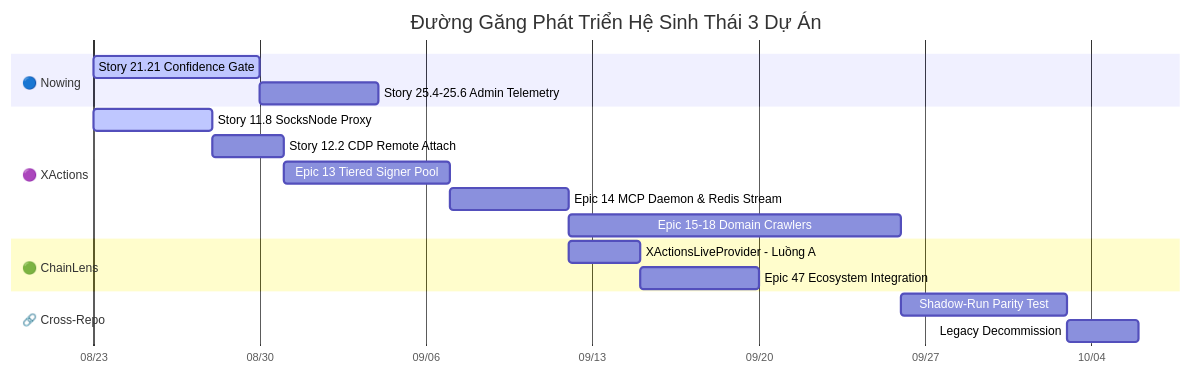
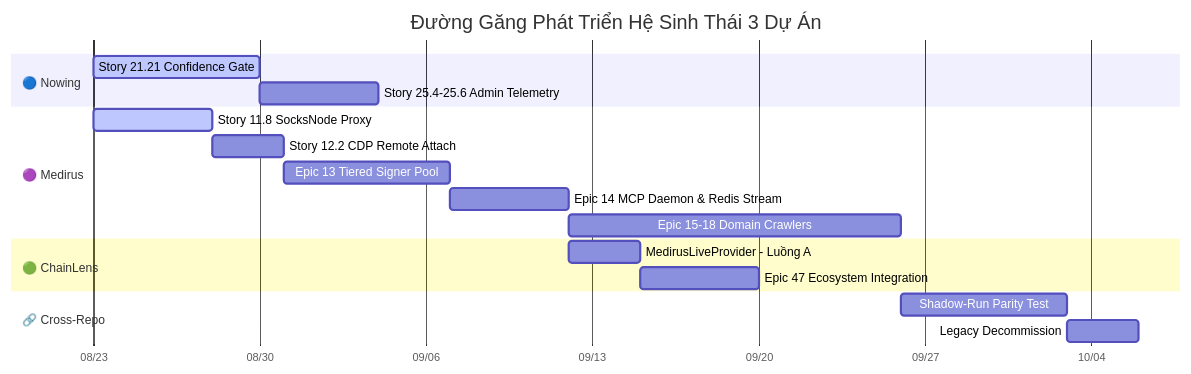
The diagram in _bmad-output/planning-artifacts/prds/PRD-ECOSYSTEM-TRINITY-ALIGNMENT.md (deptrai/nowing), drawn with Mermaid before and after one commit. The commit also changed other lines of this file and 274 other files, not shown here.

First line of the commit message:
refactor: rename XActions → Medirus across codebase (xactions→medirus, XACTIONS→MEDIRUS, MEDIRUS_* env, port 3333, enum MEDIRUS_MCP_CONNECTOR)

````diff
--- a/_bmad-output/planning-artifacts/prds/PRD-ECOSYSTEM-TRINITY-ALIGNMENT.md
+++ b/_bmad-output/planning-artifacts/prds/PRD-ECOSYSTEM-TRINITY-ALIGNMENT.md
@@ -293,25 +293,25 @@
 ```mermaid
 gantt
     title Đường Găng Phát Triển Hệ Sinh Thái 3 Dự Án
     dateFormat YYYY-MM-DD
     axisFormat %m/%d
 
     section 🔵 Nowing
     Story 21.21 Confidence Gate         :active, n1, 2026-08-23, 7d
     Story 25.4-25.6 Admin Telemetry     :n2, after n1, 5d
 
-    section 🟣 XActions
+    section 🟣 Medirus
     Story 11.8 SocksNode Proxy          :active, x1, 2026-08-23, 5d
     Story 12.2 CDP Remote Attach        :x2, after x1, 3d
     Epic 13 Tiered Signer Pool          :x3, after x2, 7d
     Epic 14 MCP Daemon & Redis Stream   :x4, after x3, 5d
     Epic 15-18 Domain Crawlers          :x5, after x4, 14d
 
     section 🟢 ChainLens
-    XActionsLiveProvider - Luồng A      :c1, after x4, 3d
+    MedirusLiveProvider - Luồng A      :c1, after x4, 3d
     Epic 47 Ecosystem Integration       :c2, after c1, 5d
 
     section 🔗 Cross-Repo
     Shadow-Run Parity Test              :cr1, after x5, 7d
     Legacy Decommission                 :cr2, after cr1, 3d
 ```
````
